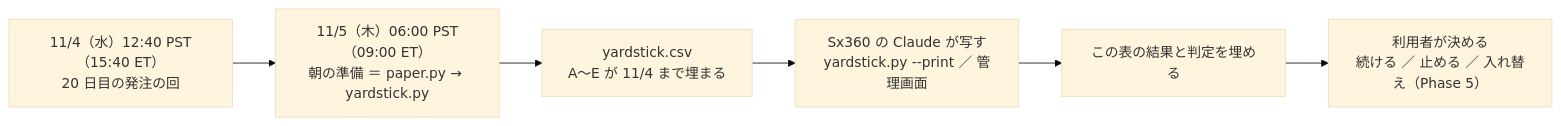
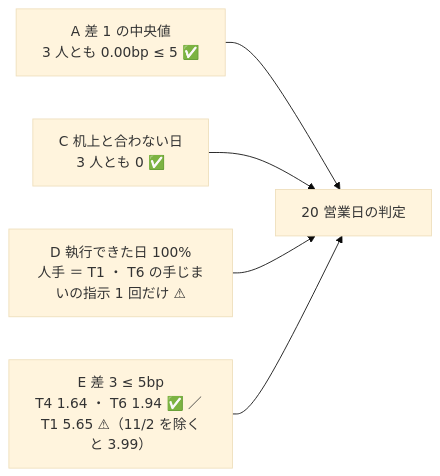
Before and after one commit to akiraak/ai-income-lab: diagram 21 of 21 in docs/specs/experiments/live-trading.md, drawn with Mermaid (base theme). The commit also changed other lines of this file and 11 other files, not shown here.

````diff
--- a/docs/specs/experiments/live-trading.md
+++ b/docs/specs/experiments/live-trading.md
@@ -1467,8 +1475,7 @@
 ```mermaid
 flowchart LR
-  A["11/4（水）12:40 PST（15:40 ET）<br/>20 日目の発注の回"] --> B["11/5（木）06:00 PST（09:00 ET）<br/>朝の準備 ＝ paper.py → yardstick.py"]
-  B --> C["yardstick.csv<br/>A〜E が 11/4 まで埋まる"]
-  C --> D["Sx360 の Claude が写す<br/>yardstick.py --print ／ 管理画面"]
-  D --> E["この表の結果と判定を埋める"]
-  E --> F["利用者が決める<br/>続ける ／ 止める ／ 入れ替え（Phase 5）"]
+  A["A 差 1 の中央値<br/>3 人とも 0.00bp ≤ 5 ✅"] --> J["20 営業日の判定"]
+  C["C 机上と合わない日<br/>3 人とも 0 ✅"] --> J
+  D["D 執行できた日 100%<br/>人手 ＝ T1 ・ T6 の手じまいの指示 1 回だけ ⚠"] --> J
+  E["E 差 3 ≤ 5bp<br/>T4 1.64 ・ T6 1.94 ✅ ／ T1 5.65 ⚠（11/2 を除くと 3.99）"] --> J
 ```
````
